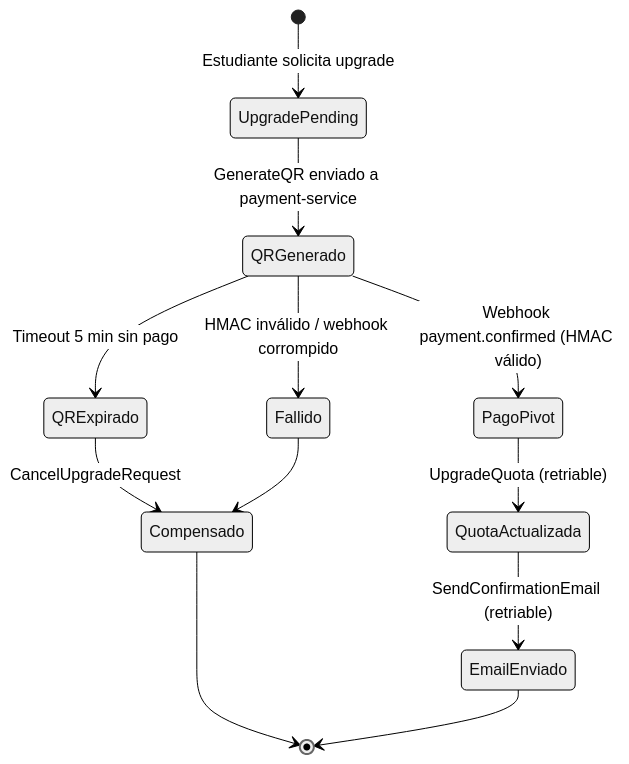
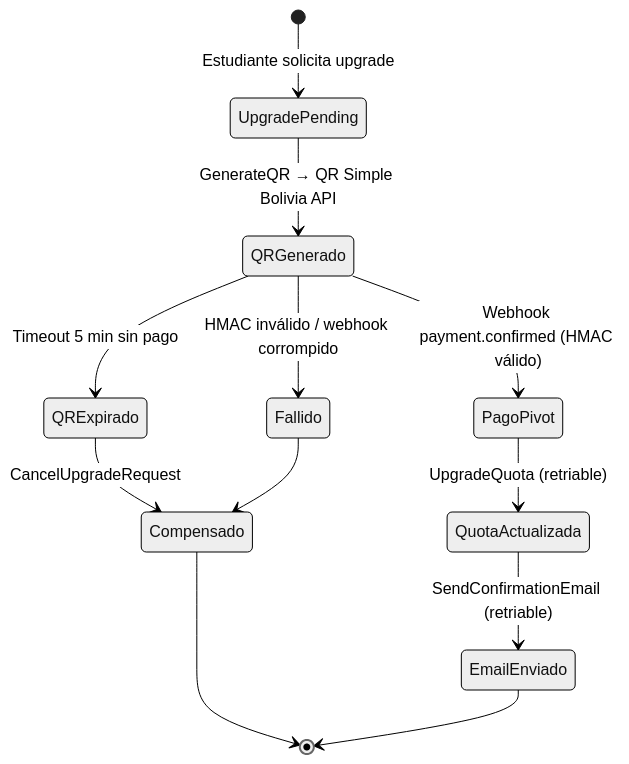
Before and after one commit to cgomez-mpsia/simoncloud-m3: the seventh of 9 diagrams in docs/DTI.md, drawn with Mermaid (neutral theme). The commit also changed other lines of this file and 6 other files, not shown here.

````diff
--- a/docs/DTI.md
+++ b/docs/DTI.md
@@ -343,14 +343,14 @@
 ```mermaid
 stateDiagram-v2
     [*] --> UpgradePending: Estudiante solicita upgrade
-    UpgradePending --> QRGenerado: GenerateQR enviado a payment-service
+    UpgradePending --> QRGenerado: GenerateQR → QR Simple Bolivia API
     QRGenerado --> QRExpirado: Timeout 5 min sin pago
     QRExpirado --> Compensado: CancelUpgradeRequest
     Compensado --> [*]
     QRGenerado --> PagoPivot: Webhook payment.confirmed (HMAC válido)
     PagoPivot --> QuotaActualizada: UpgradeQuota (retriable)
     QuotaActualizada --> EmailEnviado: SendConfirmationEmail (retriable)
     EmailEnviado --> [*]
     QRGenerado --> Fallido: HMAC inválido / webhook corrompido
     Fallido --> Compensado
 ```
````
